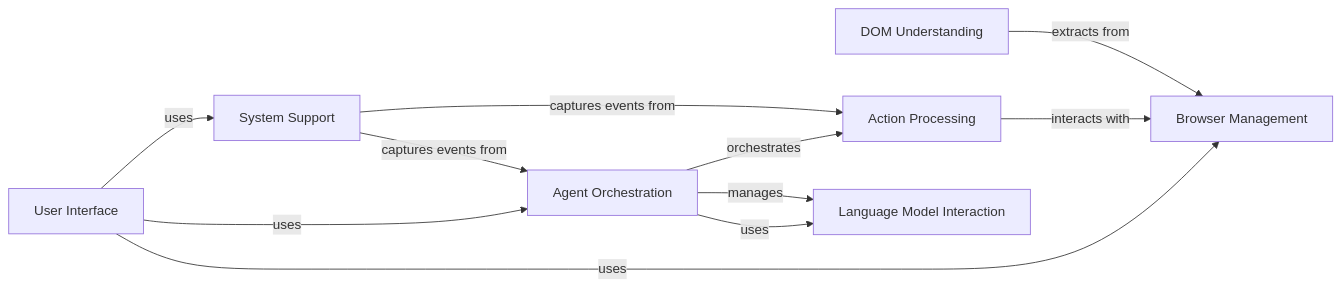
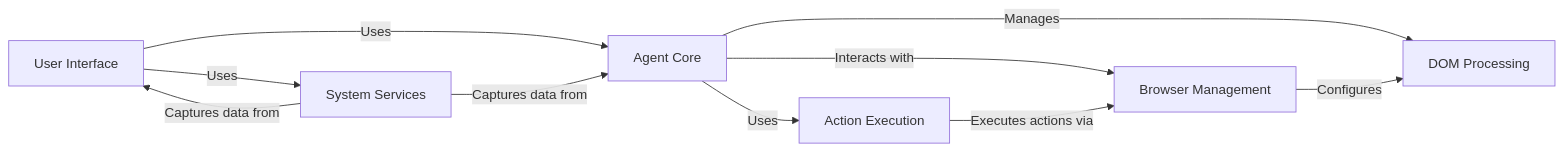
One commit to CodeBoarding/GeneratedOnBoardings changed the diagram in browser-use/on_boarding.md. Above: the diagram before and after it, drawn with Mermaid. The commit also changed other lines of this file and 11 other files, not shown here.

````diff
--- a/browser-use/on_boarding.md
+++ b/browser-use/on_boarding.md
@@ -1,27 +1,24 @@
 ```mermaid
 graph LR
     User_Interface["User Interface"]
-    Agent_Orchestration["Agent Orchestration"]
+    Agent_Core["Agent Core"]
     Browser_Management["Browser Management"]
-    Action_Processing["Action Processing"]
-    DOM_Understanding["DOM Understanding"]
-    Language_Model_Interaction["Language Model Interaction"]
-    System_Support["System Support"]
-    User_Interface -- "uses" --> Agent_Orchestration
-    User_Interface -- "uses" --> Browser_Management
-    Agent_Orchestration -- "orchestrates" --> Action_Processing
-    Action_Processing -- "interacts with" --> Browser_Management
-    DOM_Understanding -- "extracts from" --> Browser_Management
-    Agent_Orchestration -- "uses" --> Language_Model_Interaction
-    System_Support -- "captures events from" --> Agent_Orchestration
-    System_Support -- "captures events from" --> Action_Processing
-    User_Interface -- "uses" --> System_Support
-    Agent_Orchestration -- "manages" --> Language_Model_Interaction
+    DOM_Processing["DOM Processing"]
+    Action_Execution["Action Execution"]
+    System_Services["System Services"]
+    User_Interface -- "Uses" --> Agent_Core
+    User_Interface -- "Uses" --> System_Services
+    Agent_Core -- "Manages" --> DOM_Processing
+    Agent_Core -- "Interacts with" --> Browser_Management
+    Agent_Core -- "Uses" --> Action_Execution
+    Browser_Management -- "Configures" --> DOM_Processing
+    Action_Execution -- "Executes actions via" --> Browser_Management
+    System_Services -- "Captures data from" --> Agent_Core
+    System_Services -- "Captures data from" --> User_Interface
     click User_Interface href "https://github.com/CodeBoarding/GeneratedOnBoardings/blob/main/browser-use/User Interface.md" "Details"
-    click Agent_Orchestration href "https://github.com/CodeBoarding/GeneratedOnBoardings/blob/main/browser-use/Agent Orchestration.md" "Details"
+    click Agent_Core href "https://github.com/CodeBoarding/GeneratedOnBoardings/blob/main/browser-use/Agent Core.md" "Details"
     click Browser_Management href "https://github.com/CodeBoarding/GeneratedOnBoardings/blob/main/browser-use/Browser Management.md" "Details"
-    click Action_Processing href "https://github.com/CodeBoarding/GeneratedOnBoardings/blob/main/browser-use/Action Processing.md" "Details"
-    click DOM_Understanding href "https://github.com/CodeBoarding/GeneratedOnBoardings/blob/main/browser-use/DOM Understanding.md" "Details"
-    click Language_Model_Interaction href "https://github.com/CodeBoarding/GeneratedOnBoardings/blob/main/browser-use/Language Model Interaction.md" "Details"
-    click System_Support href "https://github.com/CodeBoarding/GeneratedOnBoardings/blob/main/browser-use/System Support.md" "Details"
+    click DOM_Processing href "https://github.com/CodeBoarding/GeneratedOnBoardings/blob/main/browser-use/DOM Processing.md" "Details"
+    click Action_Execution href "https://github.com/CodeBoarding/GeneratedOnBoardings/blob/main/browser-use/Action Execution.md" "Details"
+    click System_Services href "https://github.com/CodeBoarding/GeneratedOnBoardings/blob/main/browser-use/System Services.md" "Details"
 ```
````
